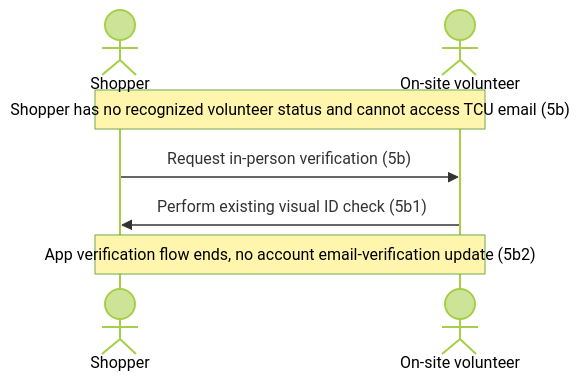
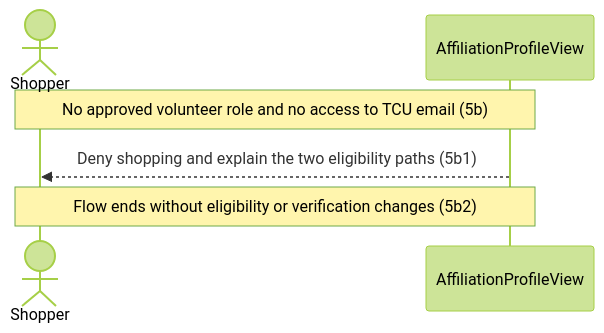
One commit to evelyntrann/cosc-40943-team-3-refrog changed the sixth of 7 diagrams in docs/design/IDV.md. Above: the diagram before and after it, drawn with Mermaid (forest theme). The commit also changed other lines of this file and 8 other files, not shown here.

Commit message:
Resolve OI-19 shopping eligibility requirements

````diff
--- a/docs/design/IDV.md
+++ b/docs/design/IDV.md
@@ -300,9 +300,8 @@
 ```mermaid
 sequenceDiagram
     actor S as Shopper
-    actor V as On-site volunteer
-    Note over S,V: Shopper has no recognized volunteer status and cannot access TCU email (5b)
-    S->>V: Request in-person verification (5b)
-    V->>S: Perform existing visual ID check (5b1)
-    Note over S,V: App verification flow ends, no account email-verification update (5b2)
+    participant P as AffiliationProfileView
+    Note over S,P: No approved volunteer role and no access to TCU email (5b)
+    P-->>S: Deny shopping and explain the two eligibility paths (5b1)
+    Note over S,P: Flow ends without eligibility or verification changes (5b2)
 ```
````
